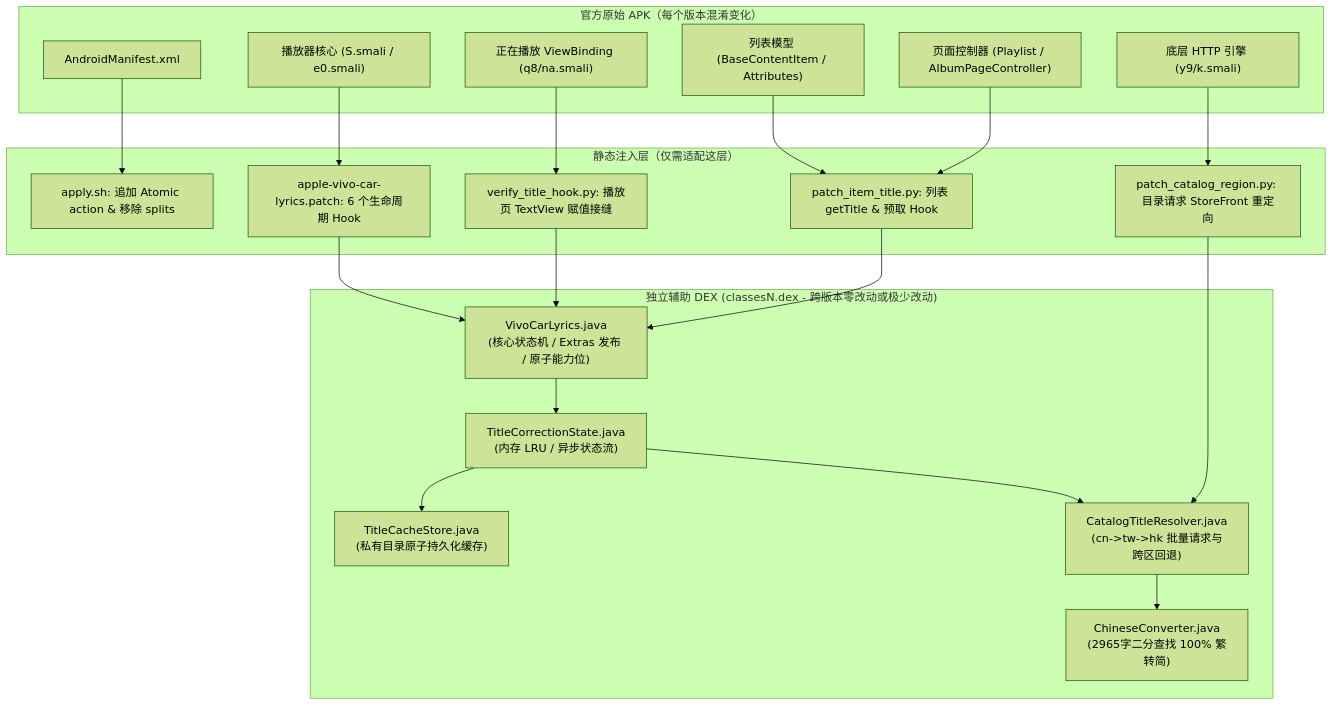
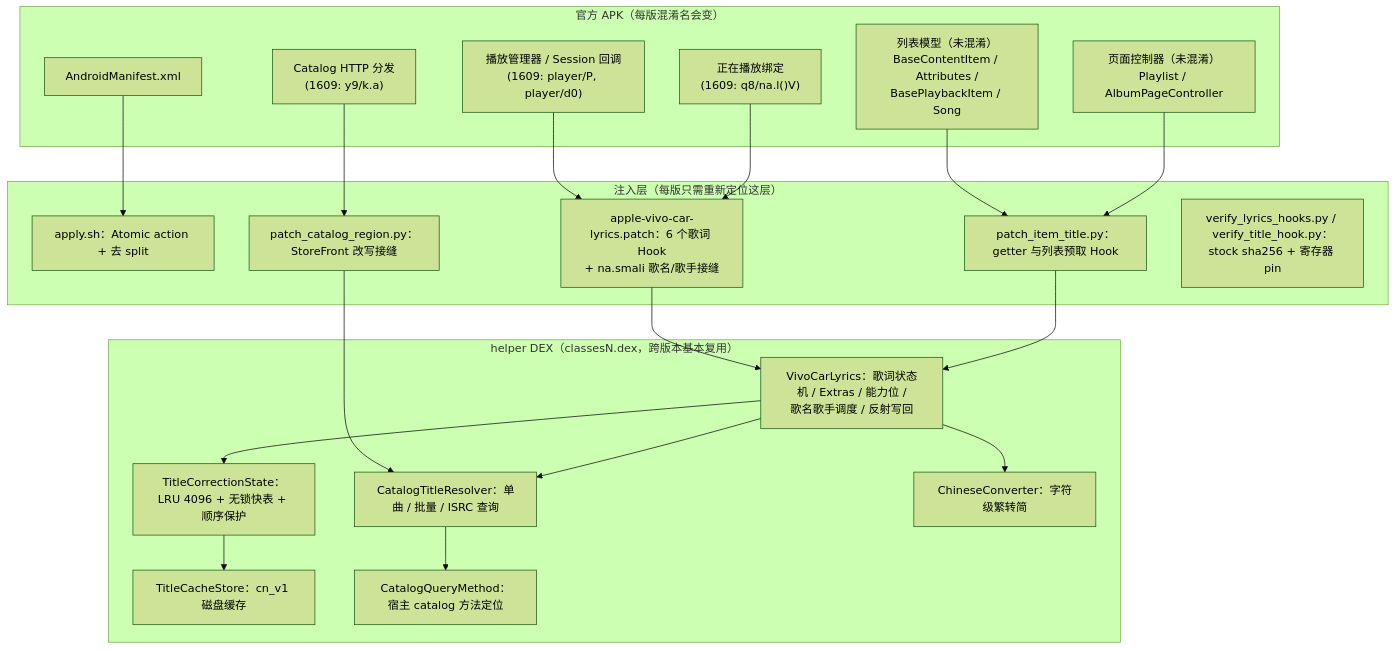
Before and after one commit to huang6668/apple-music-vivo-car-lyrics: the first of 3 diagrams in docs/FUTURE_APK_UPGRADE_GUIDE.zh-CN.md, drawn with Mermaid (forest theme). The commit also changed other lines of this file and 53 other files, not shown here.

````diff
--- a/docs/FUTURE_APK_UPGRADE_GUIDE.zh-CN.md
+++ b/docs/FUTURE_APK_UPGRADE_GUIDE.zh-CN.md
@@ -15,43 +24,41 @@
 ```mermaid
 flowchart TD
-    subgraph OfficialAPK["官方原始 APK（每个版本混淆变化）"]
+    subgraph Stock["官方 APK（每版混淆名会变）"]
         Manifest["AndroidManifest.xml"]
-        PlayerCore["播放器核心 (S.smali / e0.smali)"]
-        NowPlayingUI["正在播放 ViewBinding (q8/na.smali)"]
-        ListModels["列表模型 (BaseContentItem / Attributes)"]
-        PageControllers["页面控制器 (Playlist / AlbumPageController)"]
-        HttpSeam["底层 HTTP 引擎 (y9/k.smali)"]
+        Player["播放管理器 / Session 回调\n(1609: player/P, player/d0)"]
+        Binding["正在播放绑定\n(1609: q8/na.l()V)"]
+        Models["列表模型（未混淆）\nBaseContentItem / Attributes /\nBasePlaybackItem / Song"]
+        Pages["页面控制器（未混淆）\nPlaylist / AlbumPageController"]
+        Http["Catalog HTTP 分发\n(1609: y9/k.a)"]
     end
 
-    subgraph Patches["静态注入层（仅需适配这层）"]
-        P1["apply.sh: 追加 Atomic action & 移除 splits"]
-        P2["apple-vivo-car-lyrics.patch: 6 个生命周期 Hook"]
-        P3["verify_title_hook.py: 播放页 TextView 赋值接缝"]
-        P4["patch_item_title.py: 列表 getTitle & 预取 Hook"]
-        P5["patch_catalog_region.py: 目录请求 StoreFront 重定向"]
+    subgraph Seams["注入层（每版只需重新定位这层）"]
+        A["apply.sh：Atomic action + 去 split"]
+        B["apple-vivo-car-lyrics.patch：6 个歌词 Hook\n+ na.smali 歌名/歌手接缝"]
+        C["patch_item_title.py：getter 与列表预取 Hook"]
+        D["patch_catalog_region.py：StoreFront 改写接缝"]
+        V["verify_lyrics_hooks.py / verify_title_hook.py：\nstock sha256 + 寄存器 pin"]
     end
 
-    subgraph HelperDEX["独立辅助 DEX (classesN.dex - 跨版本零改动或极少改动)"]
-        VivoCarLyrics["VivoCarLyrics.java\n(核心状态机 / Extras 发布 / 原子能力位)"]
-        TitleCorrection["TitleCorrectionState.java\n(内存 LRU / 异步状态流)"]
-        TitleCache["TitleCacheStore.java\n(私有目录原子持久化缓存)"]
-        CatalogResolver["CatalogTitleResolver.java\n(cn->tw->hk 批量请求与跨区回退)"]
-        ChineseConverter["ChineseConverter.java\n(2965字二分查找 100% 繁转简)"]
+    subgraph Helper["helper DEX（classesN.dex，跨版本基本复用）"]
+        L["VivoCarLyrics：歌词状态机 / Extras / 能力位 /\n歌名歌手调度 / 反射写回"]
+        S["TitleCorrectionState：LRU 4096 + 无锁快表 + 顺序保护"]
+        T["TitleCacheStore：cn_v1 磁盘缓存"]
+        R["CatalogTitleResolver：单曲 / 批量 / ISRC 查询"]
+        Q["CatalogQueryMethod：宿主 catalog 方法定位"]
+        Z["ChineseConverter：字符级繁转简"]
     end
 
-    Manifest --> P1
-    PlayerCore --> P2
-    NowPlayingUI --> P3
-    ListModels --> P4
-    PageControllers --> P4
-    HttpSeam --> P5
-
-    P2 --> VivoCarLyrics
-    P3 --> VivoCarLyrics
-    P4 --> VivoCarLyrics
-    P5 --> CatalogResolver
-    VivoCarLyrics --> TitleCorrection
-    TitleCorrection --> TitleCache
-    TitleCorrection --> CatalogResolver
-    CatalogResolver --> ChineseConverter
+    Manifest --> A
+    Player --> B
+    Binding --> B
+    Models --> C
+    Pages --> C
+    Http --> D
+    B --> L
+    C --> L
+    D --> R
+    L --> S --> T
+    L --> R --> Q
+    L --> Z
 ```
````
